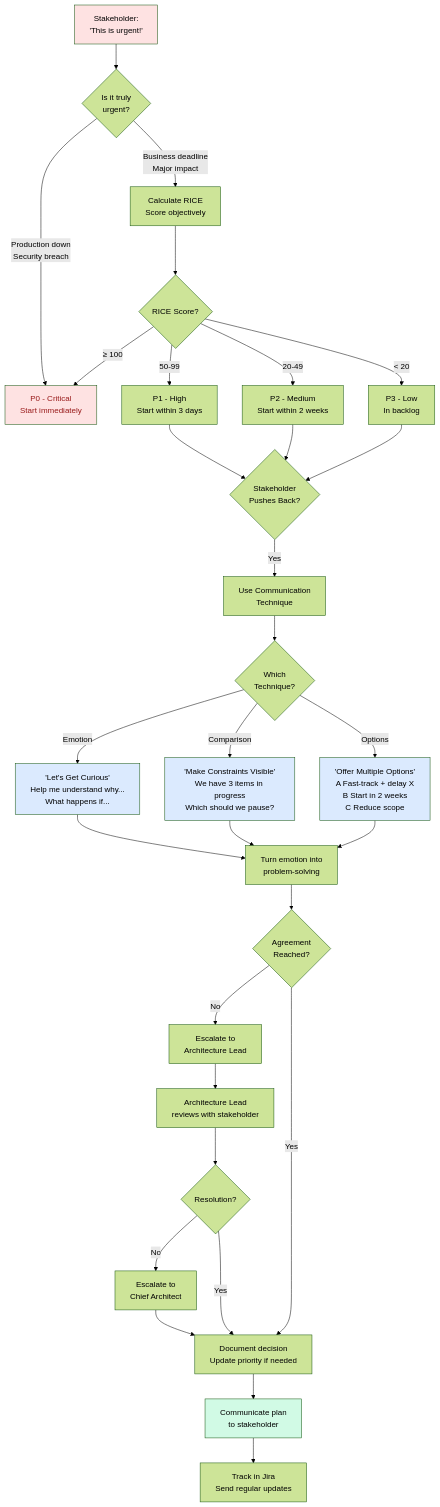
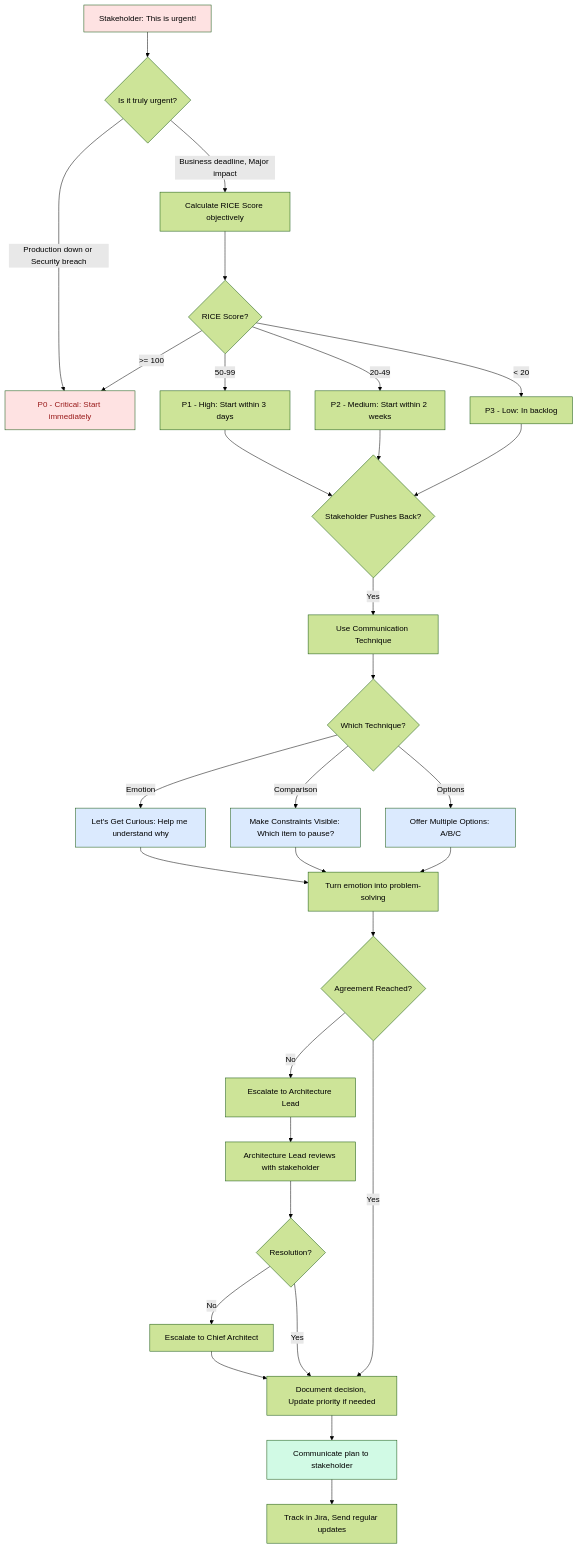
Before and after one commit to Nebiath/Architecture-design-documentation: the sixth of 10 diagrams in docs/ejemplo/01-global/demand-management/diagrams/demand-management-diagrams.md, drawn with Mermaid (forest theme). The commit also changed other lines of this file, not shown here.

Commit message:
Mermaid rendering inconsistencies.

````diff
--- a/docs/ejemplo/01-global/demand-management/diagrams/demand-management-diagrams.md
+++ b/docs/ejemplo/01-global/demand-management/diagrams/demand-management-diagrams.md
@@ -299,58 +300,58 @@
 ```mermaid
 graph TD
-    A[Stakeholder:<br/>'This is urgent!'] --> B{Is it truly<br/>urgent?}
+    A[Stakeholder: This is urgent!] --> B{Is it truly urgent?}
 
-    B -->|Production down<br/>Security breach| C[P0 - Critical<br/>Start immediately]
+    B -->|Production down or Security breach| C[P0 - Critical: Start immediately]
 
-    B -->|Business deadline<br/>Major impact| D[Calculate RICE<br/>Score objectively]
+    B -->|Business deadline, Major impact| D[Calculate RICE Score objectively]
 
     D --> E{RICE Score?}
 
-    E -->|≥ 100| C
-    E -->|50-99| F[P1 - High<br/>Start within 3 days]
-    E -->|20-49| G[P2 - Medium<br/>Start within 2 weeks]
-    E -->|< 20| H[P3 - Low<br/>In backlog]
+    E -->|>= 100| C
+    E -->|50-99| F[P1 - High: Start within 3 days]
+    E -->|20-49| G[P2 - Medium: Start within 2 weeks]
+    E -->|< 20| H[P3 - Low: In backlog]
 
-    F --> I{Stakeholder<br/>Pushes Back?}
+    F --> I{Stakeholder Pushes Back?}
     G --> I
     H --> I
 
-    I -->|Yes| J[Use Communication<br/>Technique]
+    I -->|Yes| J[Use Communication Technique]
 
-    J --> K{Which<br/>Technique?}
+    J --> K{Which Technique?}
 
-    K -->|Emotion| L['Let's Get Curious'<br/>Help me understand why...<br/>What happens if...]
+    K -->|Emotion| L[Let's Get Curious: Help me understand why]
 
-    K -->|Comparison| M['Make Constraints Visible'<br/>We have 3 items in progress<br/>Which should we pause?]
+    K -->|Comparison| M[Make Constraints Visible: Which item to pause?]
 
-    K -->|Options| N['Offer Multiple Options'<br/>A Fast-track + delay X<br/>B Start in 2 weeks<br/>C Reduce scope]
+    K -->|Options| N[Offer Multiple Options: A/B/C]
 
-    L --> O[Turn emotion into<br/>problem-solving]
+    L --> O[Turn emotion into problem-solving]
     M --> O
     N --> O
 
-    O --> P{Agreement<br/>Reached?}
+    O --> P{Agreement Reached?}
 
-    P -->|No| Q[Escalate to<br/>Architecture Lead]
+    P -->|No| Q[Escalate to Architecture Lead]
 
-    Q --> R[Architecture Lead<br/>reviews with stakeholder]
+    Q --> R[Architecture Lead reviews with stakeholder]
 
     R --> S{Resolution?}
 
-    S -->|No| T[Escalate to<br/>Chief Architect]
-    S -->|Yes| U[Document decision<br/>Update priority if needed]
+    S -->|No| T[Escalate to Chief Architect]
+    S -->|Yes| U[Document decision, Update priority if needed]
 
     P -->|Yes| U
     T --> U
 
-    U --> V[Communicate plan<br/>to stakeholder]
+    U --> V[Communicate plan to stakeholder]
 
-    V --> W[Track in Jira<br/>Send regular updates]
+    V --> W[Track in Jira, Send regular updates]
 
     style A fill:#fee2e2
     style C fill:#fee2e2,color:#991b1b
     style L fill:#dbeafe
     style M fill:#dbeafe
     style N fill:#dbeafe
     style V fill:#d1fae5
 ```
````
